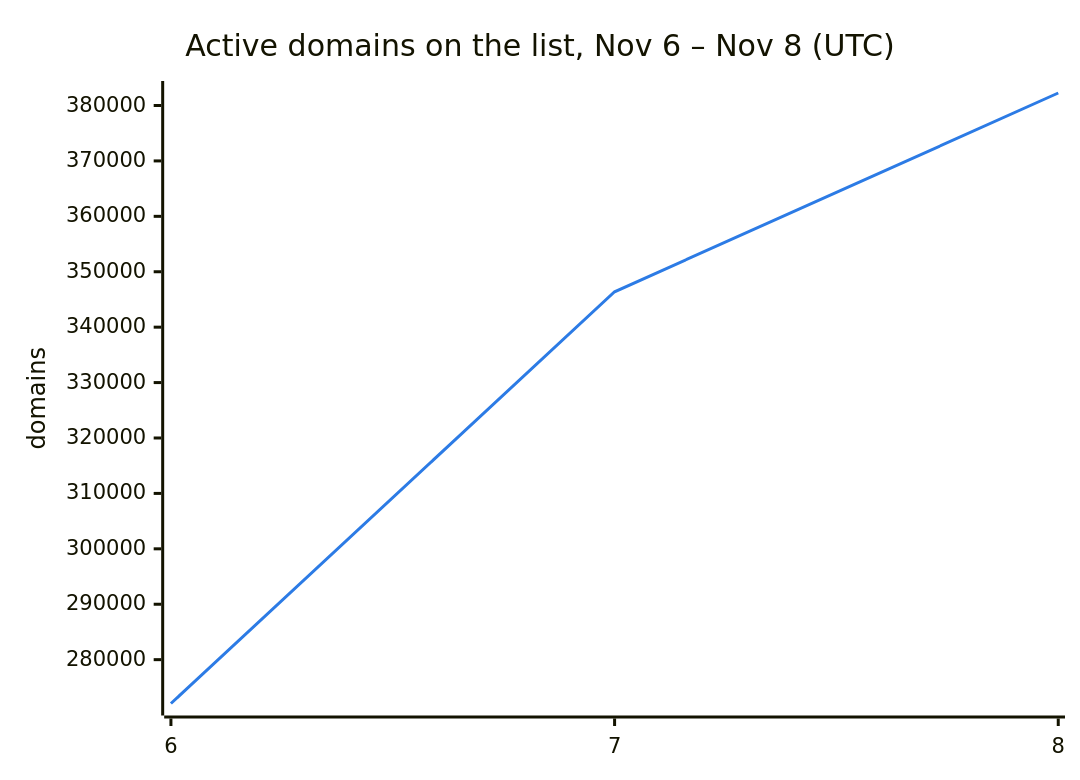
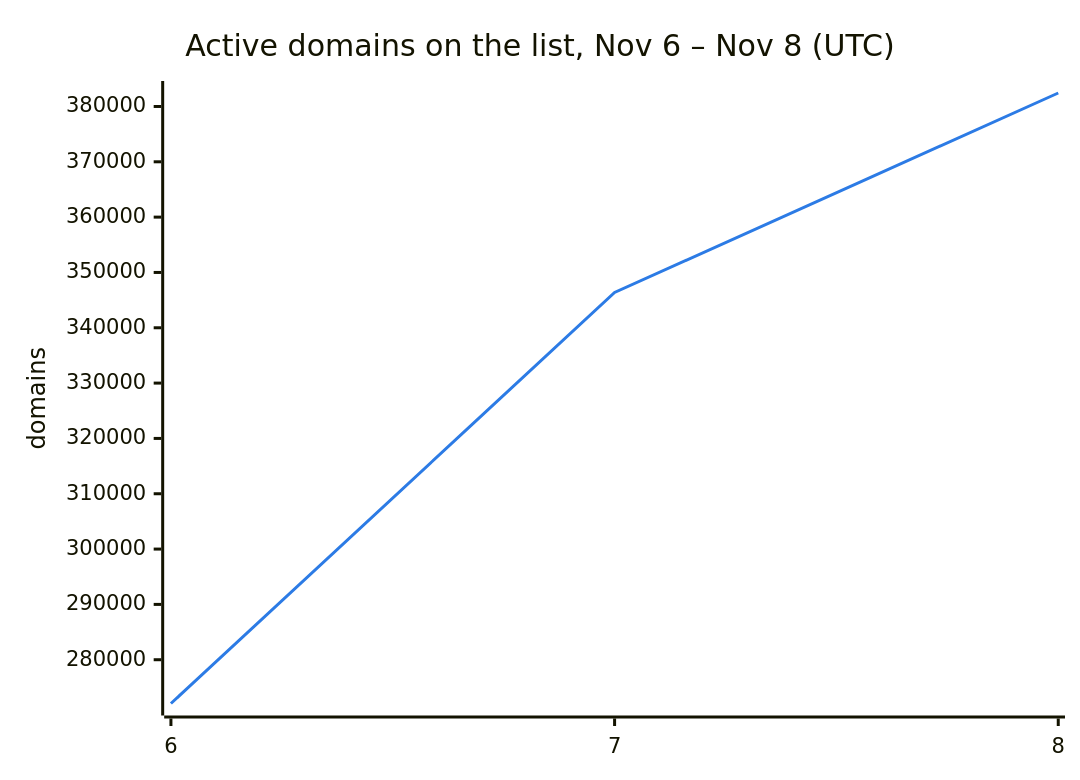
Before and after one commit to DNSBunker/CTI: the second of 3 diagrams in README.md, drawn with Mermaid. The commit also changed other lines of this file and 3 other files, not shown here.

````diff
--- a/README.md
+++ b/README.md
@@ -38,8 +38,8 @@
 ```mermaid
 %%{init: {"themeVariables": {"xyChart": {"plotColorPalette": "#2c7be5"}}}}%%
 xychart-beta
     title "Active domains on the list, Nov 6 – Nov 8 (UTC)"
     x-axis ["6", "7", "8"]
     y-axis "domains"
-    line [272088, 346388, 382256]
+    line [272088, 346388, 382435]
 ```
````
